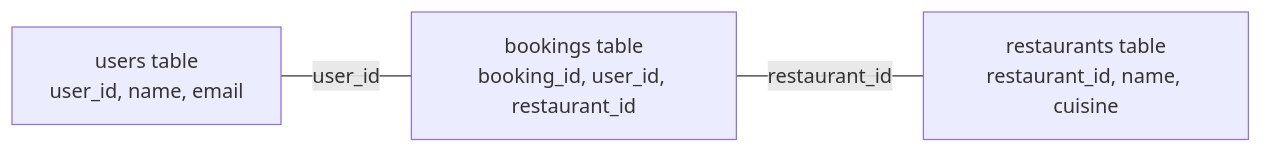
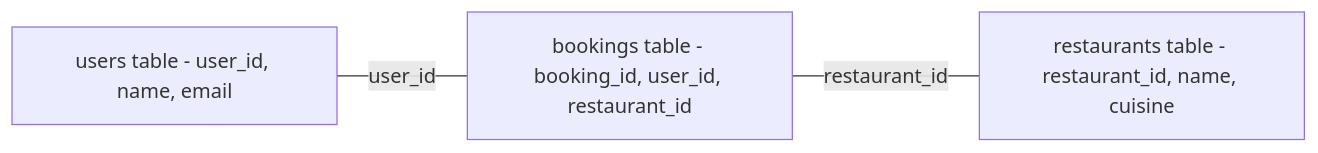
The second of 2 diagrams in 01-curriculum/04-data-analytics.md (codezelaca/pm-ba-lifecycle), drawn with Mermaid before and after one commit. The commit also changed other lines of this file and 11 other files, not shown here.

Commit message:
docs: standardize multi-line text formatting in diagrams and tables by replacing HTML line breaks with hyphens.

````diff
--- a/01-curriculum/04-data-analytics.md
+++ b/01-curriculum/04-data-analytics.md
@@ -322,5 +322,5 @@
 ```mermaid
 graph LR
-    A[users table<br/>user_id, name, email] ---|user_id| B[bookings table<br/>booking_id, user_id, restaurant_id]
-    B ---|restaurant_id| C[restaurants table<br/>restaurant_id, name, cuisine]
+    A[users table - user_id, name, email] ---|user_id| B[bookings table - booking_id, user_id, restaurant_id]
+    B ---|restaurant_id| C[restaurants table - restaurant_id, name, cuisine]
 ```
````
